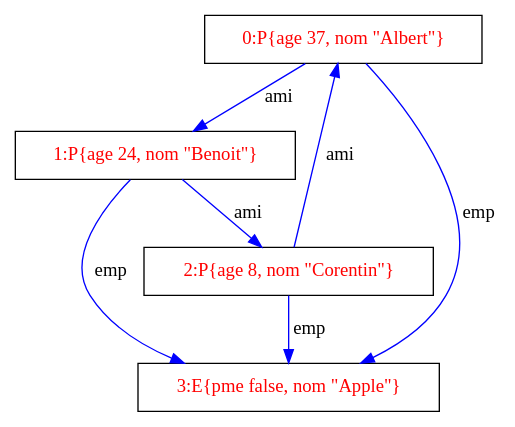
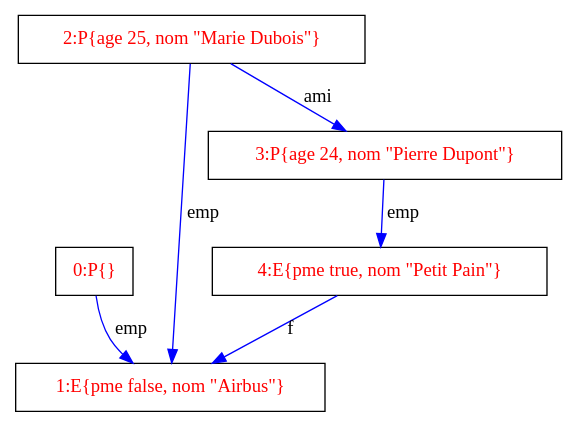
One commit to AziGod/TypePreuveProjet changed the diagram in graph.dot. Above: the diagram before and after it, drawn with Graphviz. The commit also changed 159 other files, not shown here.

```diff
--- a/graph.dot
+++ b/graph.dot
@@ -1,15 +1,18 @@
 digraph G {
-  0 [label="0:P{age 37, nom \"Albert\"}", shape=box, fontcolor="#FF0000", ];
-  1 [label="1:P{age 24, nom \"Benoit\"}", shape=box, fontcolor="#FF0000", ];
-  2 [label="2:P{age 8, nom \"Corentin\"}", shape=box, fontcolor="#FF0000", ];
-  3 [label="3:E{pme false, nom \"Apple\"}", shape=box, fontcolor="#FF0000", ];
+  0 [label="0:P{}", shape=box, fontcolor="#FF0000", ];
+  1 [label="1:E{pme false, nom \"Airbus\"}", shape=box, fontcolor="#FF0000", ];
+  2 [label="2:P{age 25, nom \"Marie Dubois\"}", shape=box,
+     fontcolor="#FF0000", ];
+  3 [label="3:P{age 24, nom \"Pierre Dupont\"}", shape=box,
+     fontcolor="#FF0000", ];
+  4 [label="4:E{pme true, nom \"Petit Pain\"}", shape=box,
+     fontcolor="#FF0000", ];
   
   
-  0 -> 1 [color="#0000FF", label="ami", ];
-  0 -> 3 [color="#0000FF", label="emp", ];
-  1 -> 2 [color="#0000FF", label="ami", ];
-  1 -> 3 [color="#0000FF", label="emp", ];
-  2 -> 0 [color="#0000FF", label="ami", ];
-  2 -> 3 [color="#0000FF", label="emp", ];
+  0 -> 1 [color="#0000FF", label="emp", ];
+  2 -> 1 [color="#0000FF", label="emp", ];
+  2 -> 3 [color="#0000FF", label="ami", ];
+  3 -> 4 [color="#0000FF", label="emp", ];
+  4 -> 1 [color="#0000FF", label="f", ];
   
   }
```
